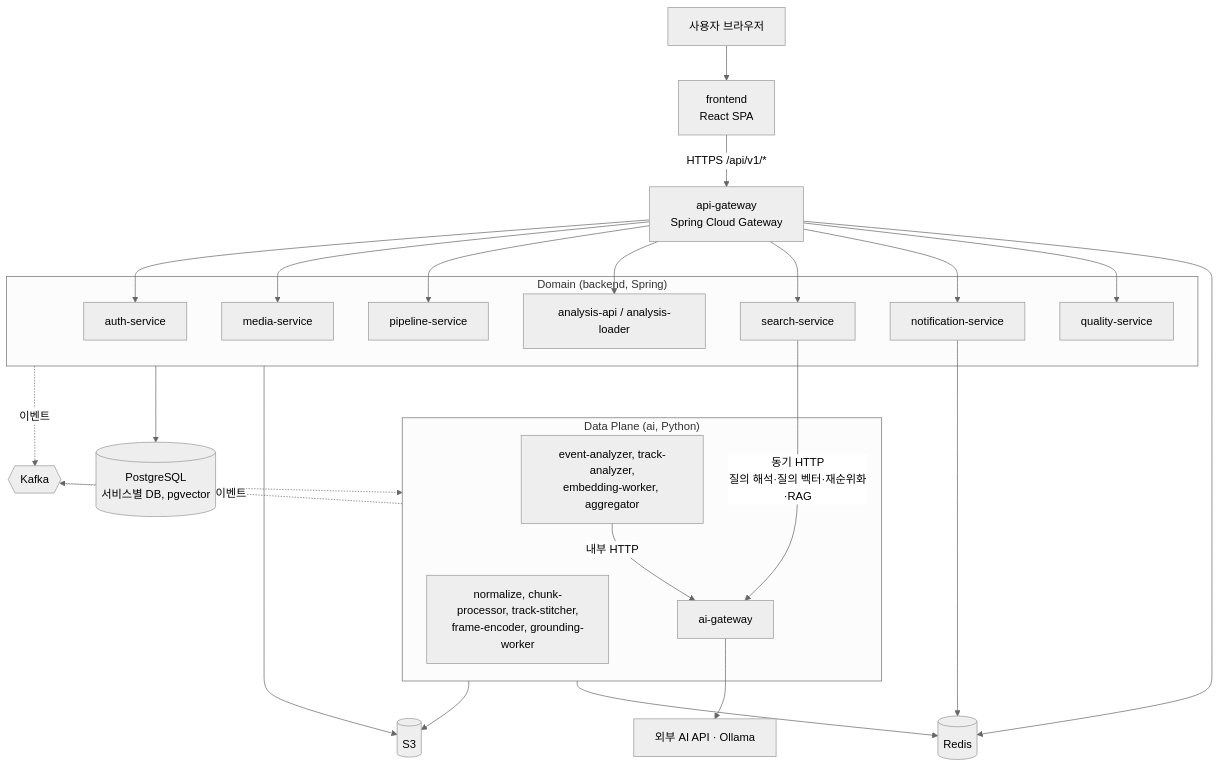
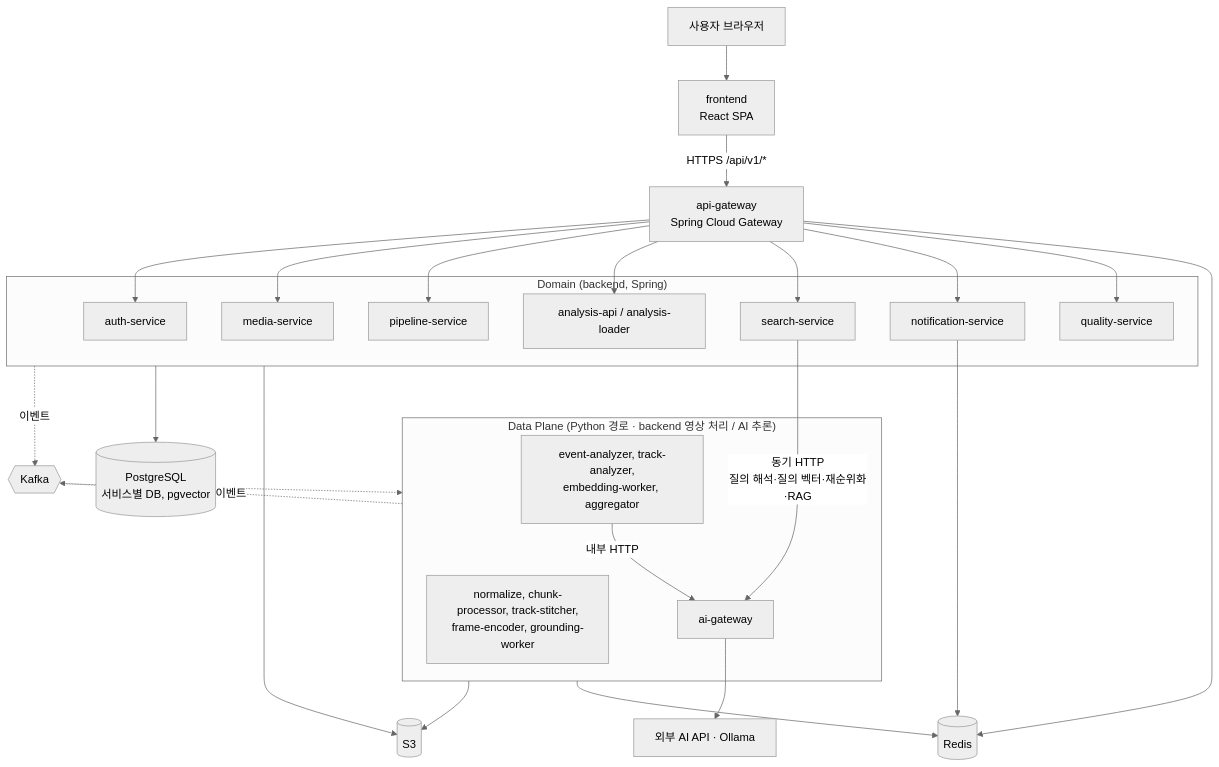
One commit to p5-3-final/docs changed the first of 5 diagrams in docs/architecture/overview.md. Above: the diagram before and after it, drawn with Mermaid (neutral theme). The commit also changed other lines of this file and 12 other files, not shown here.

````diff
--- a/docs/architecture/overview.md
+++ b/docs/architecture/overview.md
@@ -28,29 +30,29 @@
 ```mermaid
 flowchart TB
   U[사용자 브라우저] --> FE[frontend<br/>React SPA]
   FE -->|HTTPS /api/v1/*| GW[api-gateway<br/>Spring Cloud Gateway]
   subgraph Domain["Domain (backend, Spring)"]
     AU[auth-service]
     ME[media-service]
     PL[pipeline-service]
     AN[analysis-api / analysis-loader]
     SE[search-service]
     NO[notification-service]
     QU[quality-service]
   end
   GW --> AU & ME & PL & AN & SE & NO & QU
   Domain -.이벤트.-> MB{{Kafka}}
   MB -.-> DP
   DP -.이벤트.-> MB
-  subgraph DP["Data Plane (ai, Python)"]
+  subgraph DP["Data Plane (Python 경로 · backend 영상 처리 / AI 추론)"]
     VW[normalize, chunk-processor, track-stitcher,<br/>frame-encoder, grounding-worker]
     AW[event-analyzer, track-analyzer,<br/>embedding-worker, aggregator]
     AG[ai-gateway]
     AW -->|내부 HTTP| AG
   end
   SE -->|동기 HTTP<br/>질의 해석·질의 벡터·재순위화·RAG| AG
   AG --> EXT[외부 AI API · Ollama]
   Domain --> DB[(PostgreSQL<br/>서비스별 DB, pgvector)]
   Domain & DP --> S3[(S3)]
   GW & NO & DP --> R[(Redis)]
 ```
````
